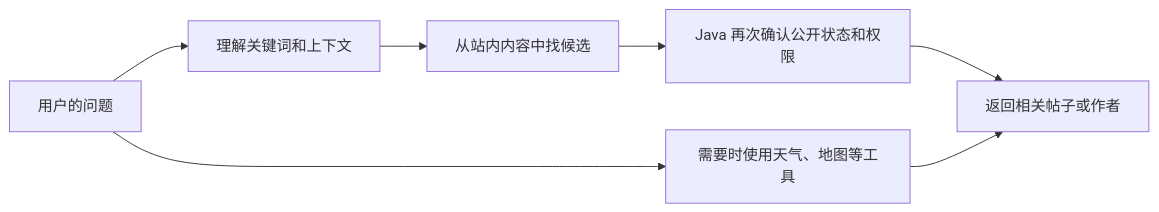
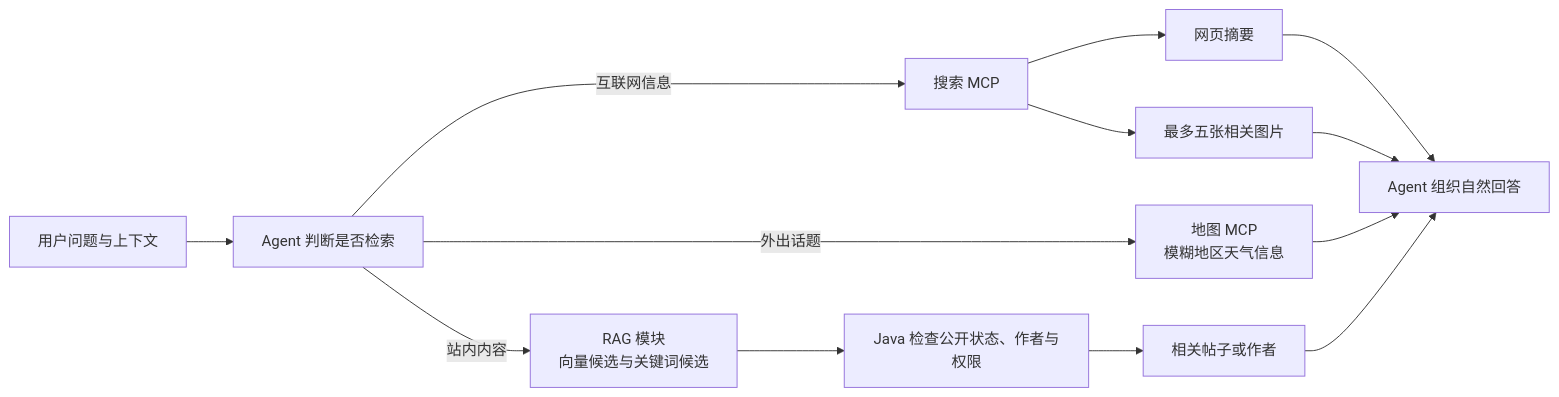
Diagram 11 of 13 in README.md (pluchon/mengmeng_forum), drawn with Mermaid before and after one commit. The commit also changed other lines of this file, not shown here.

Commit message:
docs: 细化项目模块流程图

````diff
--- a/README.md
+++ b/README.md
@@ -205,9 +243,15 @@
 ```mermaid
 flowchart LR
-  Q["用户的问题"] --> R["理解关键词和上下文"]
-  R --> V["从站内内容中找候选"]
-  V --> F["Java 再次确认公开状态和权限"]
-  F --> D["返回相关帖子或作者"]
-  Q --> T["需要时使用天气、地图等工具"]
-  T --> D
+  Q["用户问题与上下文"] --> PLAN["Agent 判断是否检索"]
+  PLAN -->|站内内容| RAG["RAG 模块<br/>向量候选与关键词候选"]
+  RAG --> JAVA["Java 检查公开状态、作者与权限"]
+  JAVA --> POST["相关帖子或作者"]
+  PLAN -->|互联网信息| MCP["搜索 MCP"]
+  MCP --> TEXT["网页摘要"]
+  MCP --> PIC["最多五张相关图片"]
+  PLAN -->|外出话题| MAP["地图 MCP<br/>模糊地区天气信息"]
+  TEXT --> ANSWER["Agent 组织自然回答"]
+  PIC --> ANSWER
+  MAP --> ANSWER
+  POST --> ANSWER
 ```
````
